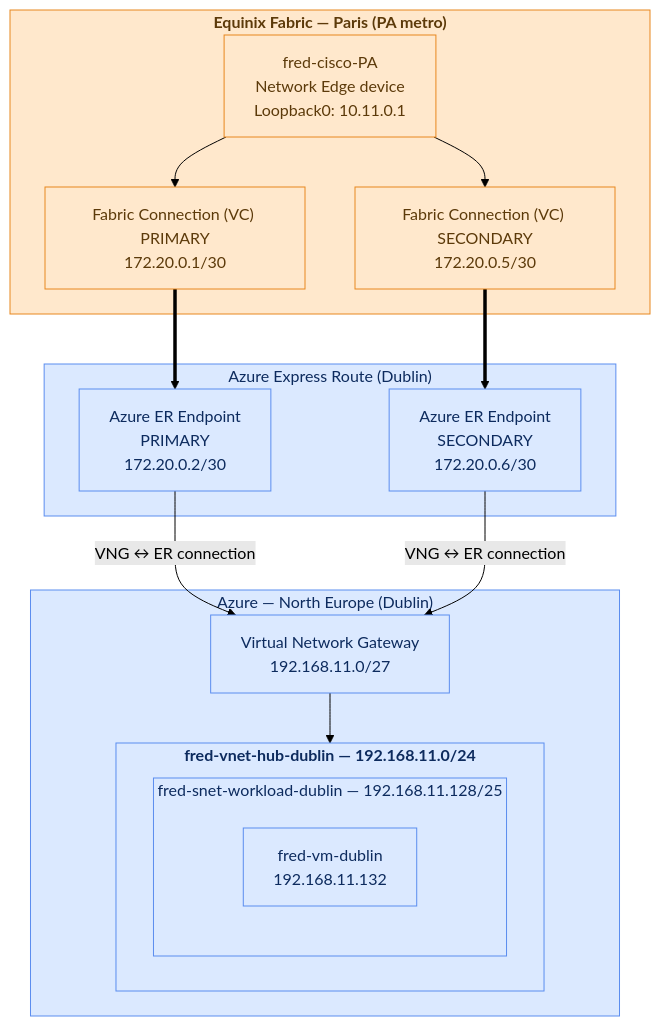
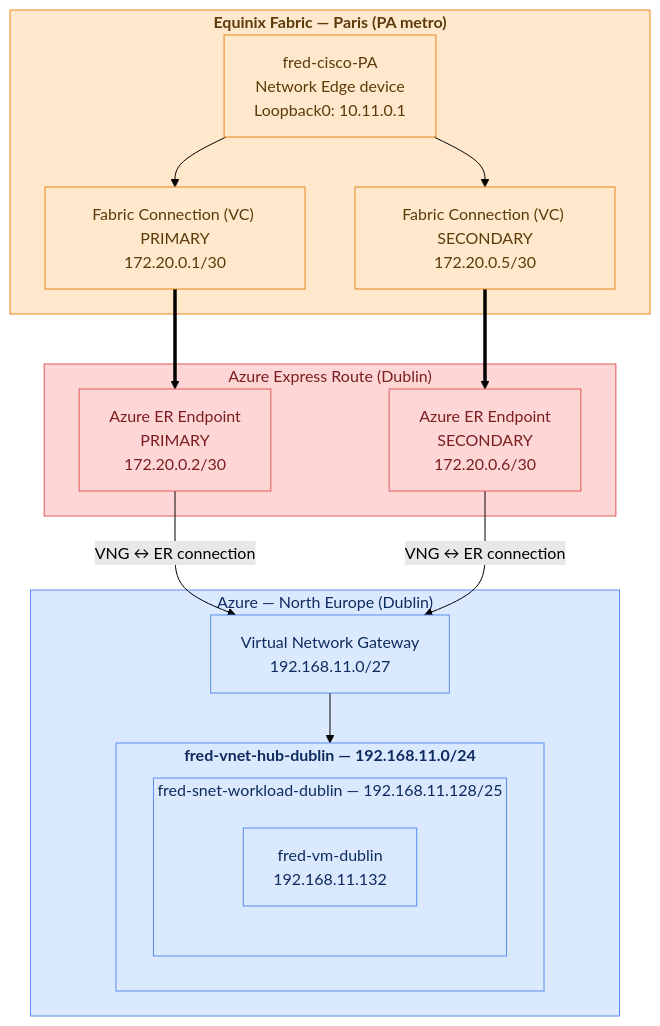
One commit to festrade-equinix/eqx-azure-hub-minimal changed the diagram in README.md. Above: the diagram before and after it, drawn with Mermaid (forest theme). The commit also changed other lines of this file, not shown here.

Commit message:
Section 2: color "Azure Express Route (Dublin)" red
New expressroute classDef (light red) applied to the ERC subgraph and
its two endpoint squares, distinguishing the ExpressRoute-specific part
from the rest of Azure (blue). Legend updated to match.

````diff
--- a/README.md
+++ b/README.md
@@ -60,38 +60,40 @@
 ```mermaid
 flowchart TB
     subgraph EQX["<b>Equinix Fabric — Paris (PA metro)</b>"]
         Device["fred-cisco-PA\nNetwork Edge device\nLoopback0: 10.11.0.1"]
         Primary["Fabric Connection (VC) PRIMARY\n172.20.0.1/30"]
         Secondary["Fabric Connection (VC) SECONDARY\n172.20.0.5/30"]
         Device --> Primary
         Device --> Secondary
     end
 
     subgraph ERC["Azure Express Route (Dublin)"]
         EPPrimary["Azure ER Endpoint\nPRIMARY\n172.20.0.2/30"]
         EPSecondary["Azure ER Endpoint\nSECONDARY\n172.20.0.6/30"]
     end
 
     subgraph AZR["Azure — North Europe (Dublin)"]
         VNG["Virtual Network Gateway\n192.168.11.0/27"]
 
         subgraph VNet["<b>fred-vnet-hub-dublin — 192.168.11.0/24</b>"]
             subgraph Workload["fred-snet-workload-dublin — 192.168.11.128/25"]
                 VM["fred-vm-dublin\n192.168.11.132"]
             end
         end
 
         VNG --> VNet
     end
 
     Primary ==> EPPrimary
     Secondary ==> EPSecondary
     EPPrimary -->|VNG ↔ ER connection| VNG
     EPSecondary -->|VNG ↔ ER connection| VNG
 
     classDef equinix fill:#ffe8cc,stroke:#e8871e,color:#5c3a0a
     classDef azure fill:#dbe9ff,stroke:#5b8def,color:#0d2b5e
+    classDef expressroute fill:#ffd6d6,stroke:#e05a5a,color:#7a1f1f
 
     class EQX,Device,Primary,Secondary equinix
-    class ERC,EPPrimary,EPSecondary,AZR,VNG,VNet,Workload,VM azure
+    class AZR,VNG,VNet,Workload,VM azure
+    class ERC,EPPrimary,EPSecondary expressroute
 ```
````
